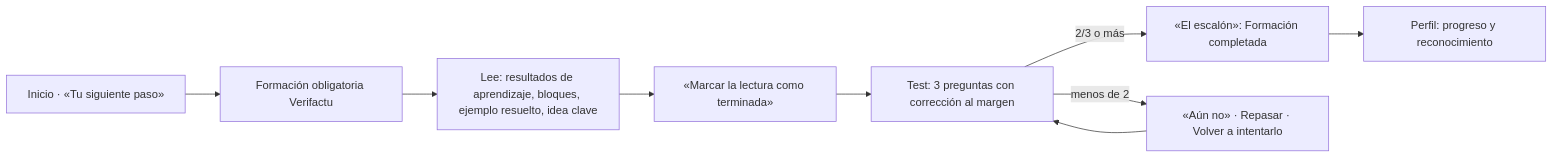
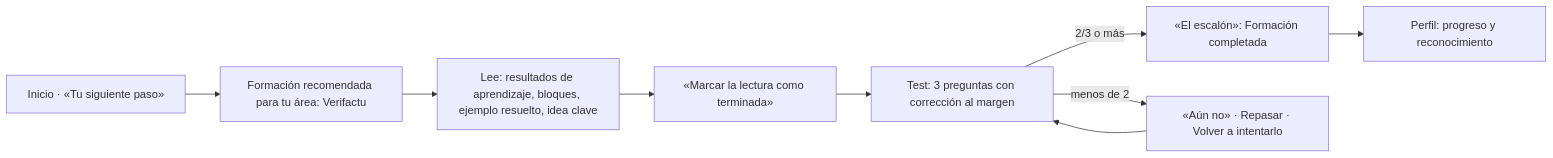
The second of 6 diagrams in docs/04-arquitectura-y-recorridos.md (megalovaniatic/flm-campus), drawn with Mermaid before and after one commit. The commit also changed other lines of this file and 98 other files, not shown here.

````diff
--- a/docs/04-arquitectura-y-recorridos.md
+++ b/docs/04-arquitectura-y-recorridos.md
@@ -49,11 +51,11 @@
 ```mermaid
 flowchart LR
-  A[Inicio · «Tu siguiente paso»] --> B[Formación obligatoria Verifactu]
+  A[Inicio · «Tu siguiente paso»] --> B[Formación recomendada para tu área: Verifactu]
   B --> C[Lee: resultados de aprendizaje, bloques, ejemplo resuelto, idea clave]
   C --> D[«Marcar la lectura como terminada»]
   D --> E[Test: 3 preguntas con corrección al margen]
   E -->|2/3 o más| F[«El escalón»: Formación completada]
   E -->|menos de 2| G[«Aún no» · Repasar · Volver a intentarlo]
   G --> E
   F --> H[Perfil: progreso y reconocimiento]
 ```
````
